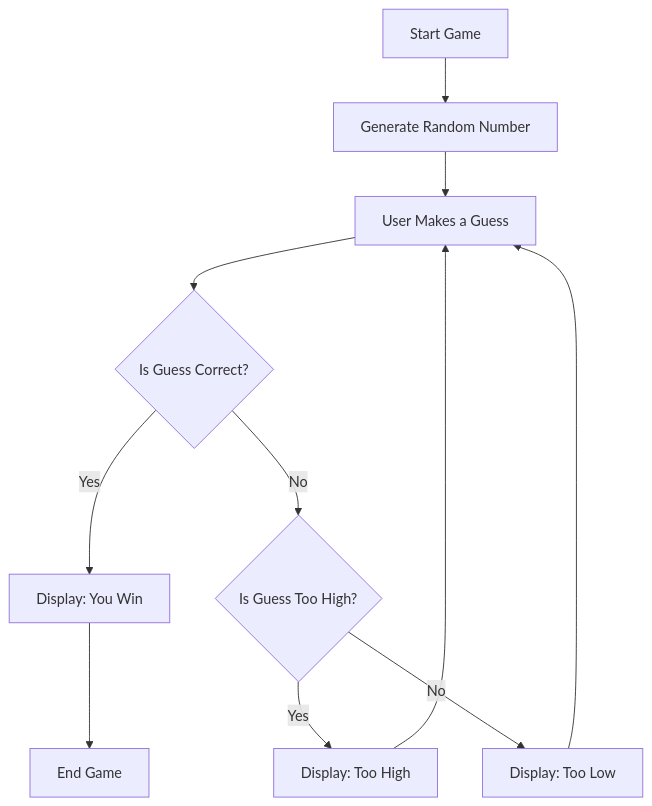
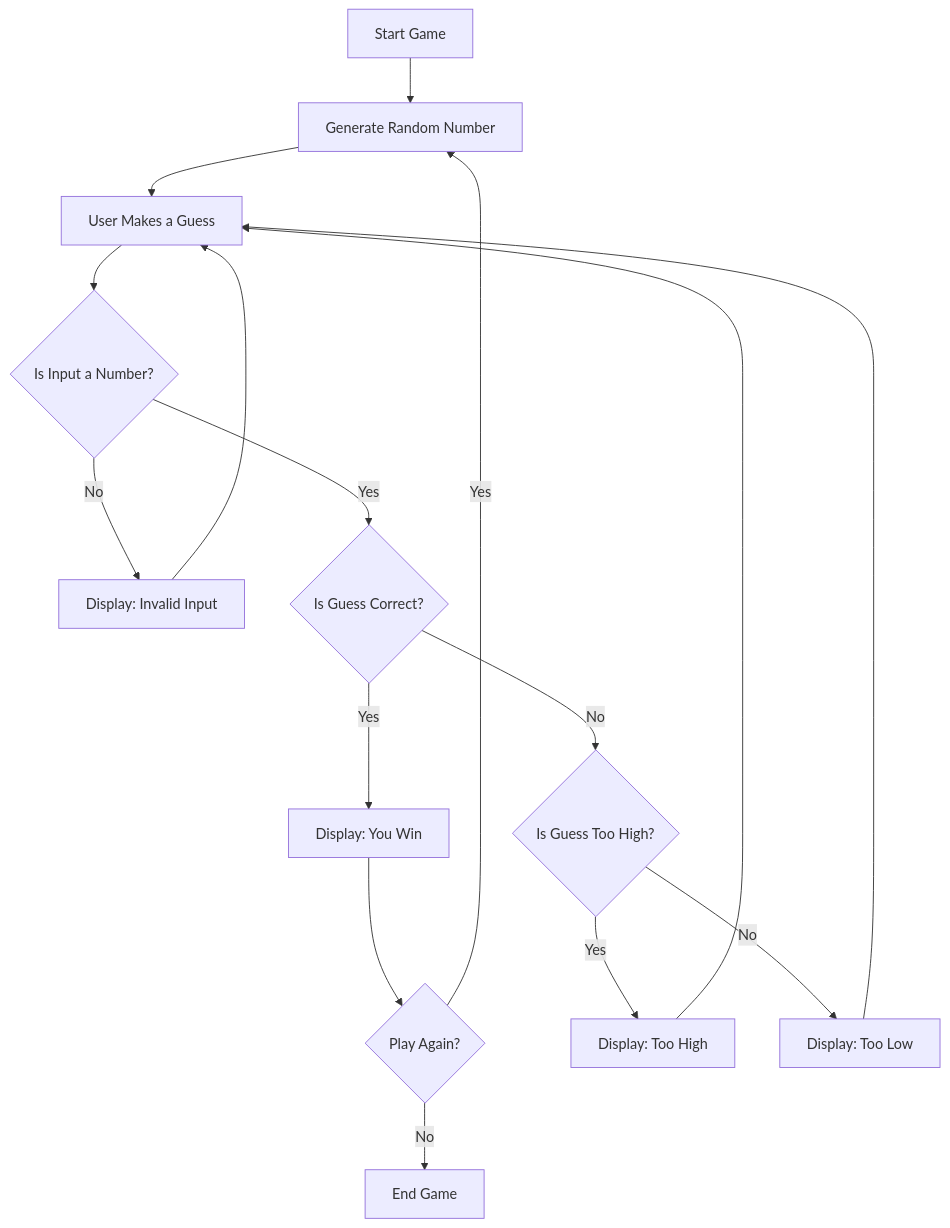
One commit to Updated-to-Pro/updated.to.pro.github.io changed the diagram in Lab 2: Mermaid Diagrams.md. Above: the diagram before and after it, drawn with Mermaid.

Commit message:
Update Lab 2: Mermaid Diagrams.md

````diff
--- a/Lab 2: Mermaid Diagrams.md
+++ b/Lab 2: Mermaid Diagrams.md
@@ -1,13 +1,15 @@
 ```mermaid
 flowchart TD
     A[Start Game] --> B[Generate Random Number]
     B --> C[User Makes a Guess]
-    C --> D{Is Guess Correct?}
+    C --> V{Is Input a Number?}
+    V -- No --> X[Display: Invalid Input] --> C
+    V -- Yes --> D{Is Guess Correct?}
     D -- Yes --> E[Display: You Win]
+    E --> P{Play Again?}
+    P -- Yes --> B
+    P -- No --> I[End Game]
     D -- No --> F{Is Guess Too High?}
-    F -- Yes --> G[Display: Too High]
-    F -- No --> H[Display: Too Low]
-    G --> C
-    H --> C
-    E --> I[End Game]
+    F -- Yes --> G[Display: Too High] --> C
+    F -- No --> H[Display: Too Low] --> C
 ```
````
